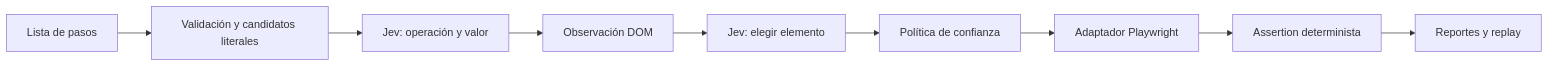
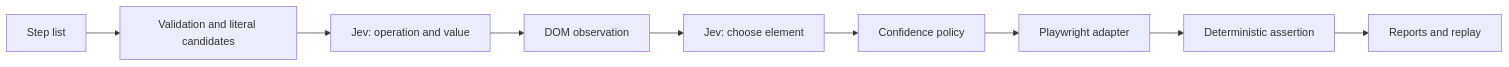
One commit to Muscian/duit changed the diagram in README.md. Above: the diagram before and after it, drawn with Mermaid. The commit also changed other lines of this file and 3 other files, not shown here.

````diff
--- a/README.md
+++ b/README.md
@@ -123,11 +123,11 @@
 ```mermaid
 flowchart LR
-  A[Lista de pasos] --> B[Validación y candidatos literales]
-  B --> C[Jev: operación y valor]
-  C --> D[Observación DOM]
-  D --> E[Jev: elegir elemento]
-  E --> F[Política de confianza]
-  F --> G[Adaptador Playwright]
-  G --> H[Assertion determinista]
-  H --> I[Reportes y replay]
+  A[Step list] --> B[Validation and literal candidates]
+  B --> C[Jev: operation and value]
+  C --> D[DOM observation]
+  D --> E[Jev: choose element]
+  E --> F[Confidence policy]
+  F --> G[Playwright adapter]
+  G --> H[Deterministic assertion]
+  H --> I[Reports and replay]
 ```
````
